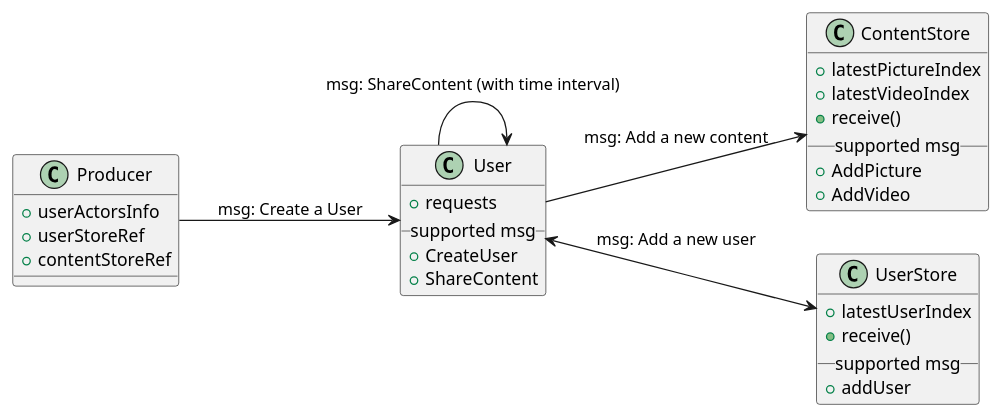
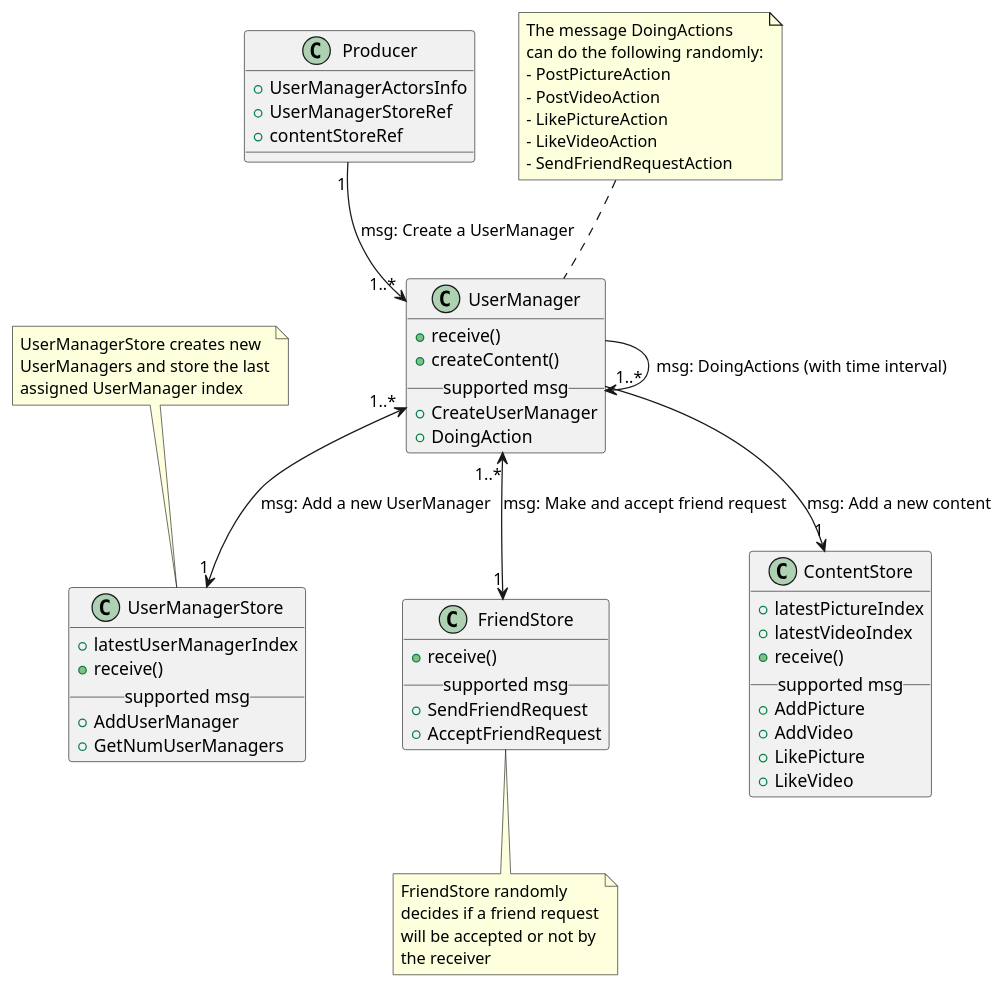
Before and after one commit to code-analytics/socialmedia-analytics-platform: the diagram in img/src/producer_actors.wsd, drawn with PlantUML. The commit also changed 2 other files, not shown here.

Commit message:
Update readme.md about Actors and generated diagrams

```diff
--- a/img/src/producer_actors.wsd
+++ b/img/src/producer_actors.wsd
@@ -1,39 +1,70 @@
 @startuml
 
-left to right direction
 
 
 class Producer {
-    +userActorsInfo
-    +userStoreRef
+    +UserManagerActorsInfo
+    +UserManagerStoreRef
     +contentStoreRef
 }
 
 class ContentStore {
     +latestPictureIndex
     +latestVideoIndex
     +receive()
     __ supported msg __
     +AddPicture
     +AddVideo
+    +LikePicture
+    +LikeVideo
 } 
 
-class UserStore {
-    +latestUserIndex
+class UserManagerStore {
+    +latestUserManagerIndex
     +receive()
     __ supported msg __
-    +addUser
+    +AddUserManager
+    +GetNumUserManagers
 }
+note top of UserManagerStore
+   UserManagerStore creates new
+   UserManagers and store the last
+   assigned UserManager index
+end note
 
-class User {
-    +requests
+class UserManager {
+    +receive()
+    +createContent()
     __ supported msg __
-    +CreateUser
-    +ShareContent
+    +CreateUserManager
+    +DoingAction
 } 
+note top of UserManager
+    The message DoingActions 
+    can do the following randomly:
+    - PostPictureAction
+    - PostVideoAction
+    - LikePictureAction
+    - LikeVideoAction
+    - SendFriendRequestAction
+end note
 
-Producer --> User : msg: Create a User
-User --> User : msg: ShareContent (with time interval)
-User <--> UserStore : msg: Add a new user
-User --> ContentStore : msg: Add a new content
+class FriendStore {
+    +receive()
+    __ supported msg __
+    +SendFriendRequest
+    +AcceptFriendRequest
+}
+note bottom of FriendStore
+   FriendStore randomly
+   decides if a friend request
+   will be accepted or not by
+   the receiver
+end note
+
+Producer "1" --> "1..*" UserManager : msg: Create a UserManager
+UserManager --> UserManager : msg: DoingActions (with time interval)
+UserManager "1..*" <--> "1" UserManagerStore : msg: Add a new UserManager
+UserManager "1..*" --> "1" ContentStore : msg: Add a new content
+UserManager "1..*" <--> "1" FriendStore : msg: Make and accept friend request
 @enduml
```
